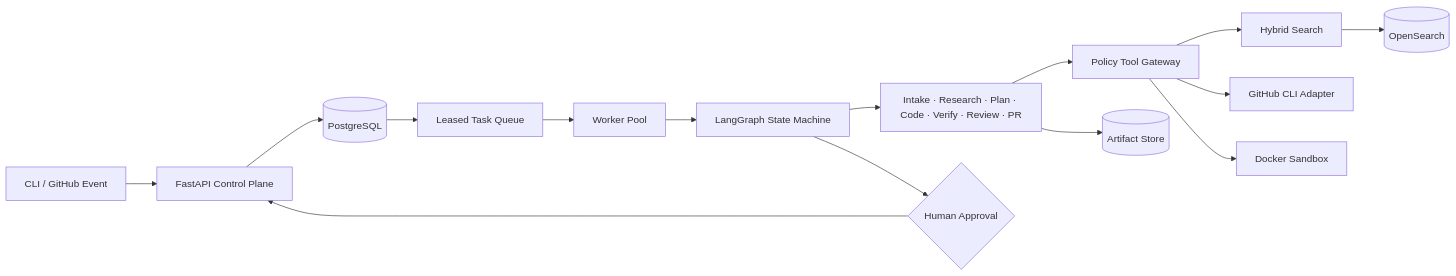
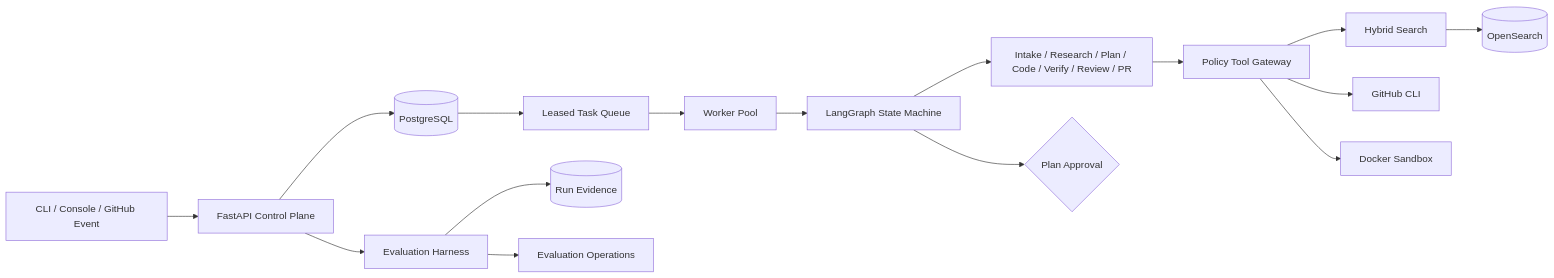
One commit to ETOLucy/RepoAegis changed the diagram in README.md. Above: the diagram before and after it, drawn with Mermaid. The commit also changed other lines of this file and 37 other files, not shown here.

Commit message:
feat: add evaluation operations harness and console

````diff
--- a/README.md
+++ b/README.md
@@ -9,17 +37,18 @@
 ```mermaid
 flowchart LR
-    Client[CLI / GitHub Event] --> API[FastAPI Control Plane]
+    Client[CLI / Console / GitHub Event] --> API[FastAPI Control Plane]
     API --> DB[(PostgreSQL)]
     DB --> Queue[Leased Task Queue]
     Queue --> Worker[Worker Pool]
     Worker --> Graph[LangGraph State Machine]
-    Graph --> Agents[Intake · Research · Plan · Code · Verify · Review · PR]
+    Graph --> Agents[Intake / Research / Plan / Code / Verify / Review / PR]
     Agents --> Gateway[Policy Tool Gateway]
     Gateway --> Search[Hybrid Search]
-    Gateway --> GitHub[GitHub CLI Adapter]
+    Gateway --> GitHub[GitHub CLI]
     Gateway --> Sandbox[Docker Sandbox]
     Search --> OpenSearch[(OpenSearch)]
-    Agents --> Artifacts[(Artifact Store)]
-    Graph --> Approval{Human Approval}
-    Approval --> API
+    Graph --> Approval{Plan Approval}
+    API --> Harness[Evaluation Harness]
+    Harness --> EvalDB[(Run Evidence)]
+    Harness --> Console[Evaluation Operations]
 ```
````
